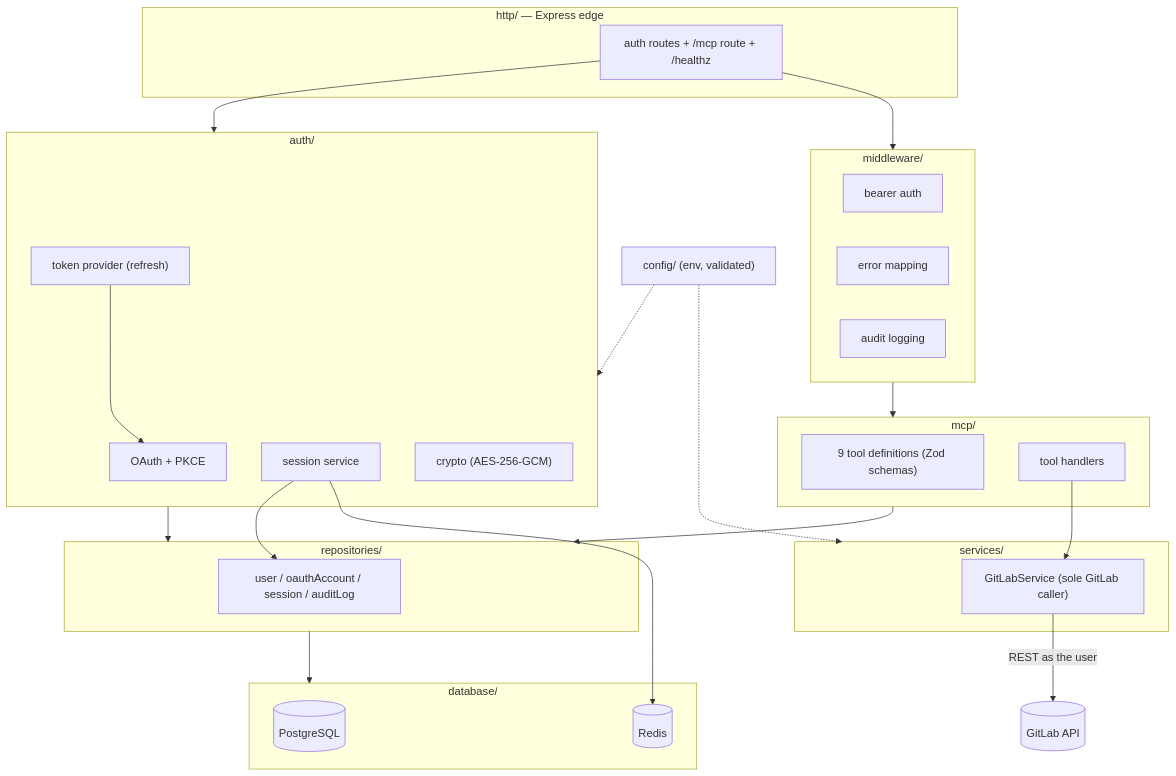
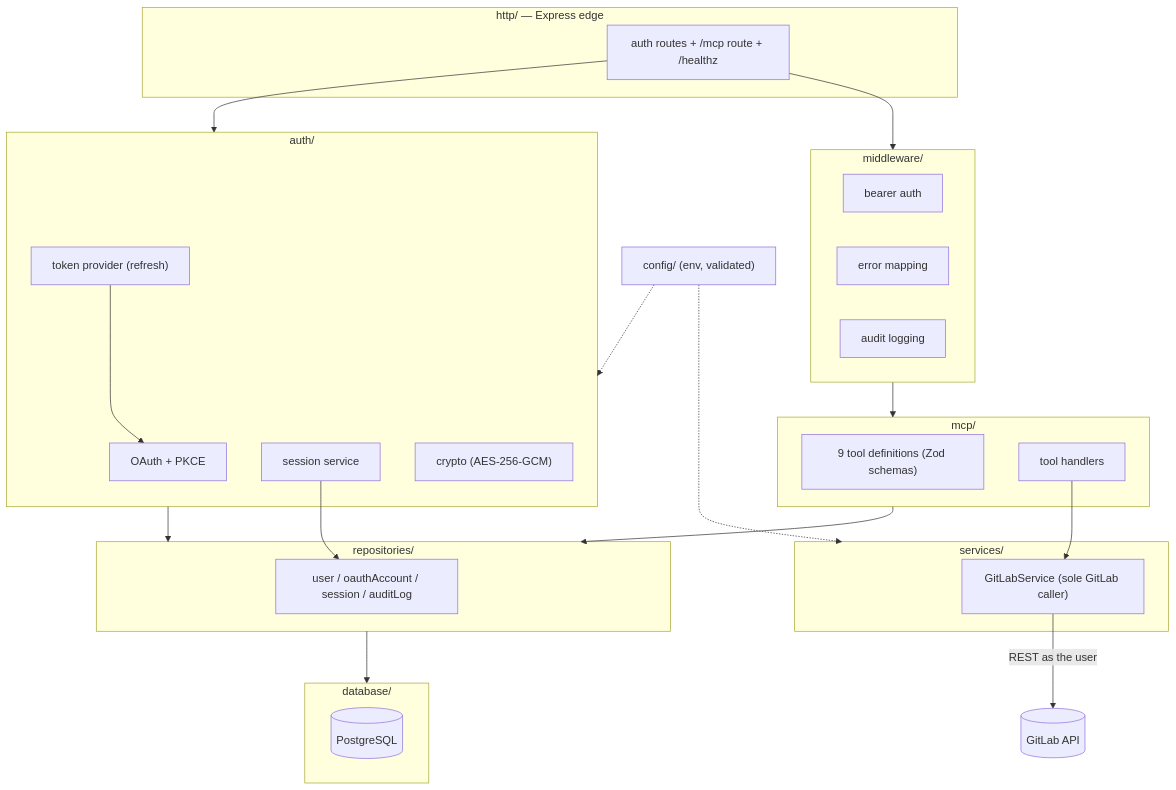
The first of 3 diagrams in docs/architecture.md (lxnewayfarer/gitlab-mcp), drawn with Mermaid before and after one commit. The commit also changed other lines of this file and 9 other files, not shown here.

````diff
--- a/docs/architecture.md
+++ b/docs/architecture.md
@@ -21,46 +21,44 @@
 ```mermaid
 flowchart TD
     subgraph HTTP["http/ — Express edge"]
       Routes["auth routes + /mcp route + /healthz"]
     end
     subgraph MW["middleware/"]
       Auth["bearer auth"]
       Err["error mapping"]
       Audit["audit logging"]
     end
     subgraph MCP["mcp/"]
       Tools["9 tool definitions (Zod schemas)"]
       Handlers["tool handlers"]
     end
     subgraph SVC["services/"]
       GL["GitLabService (sole GitLab caller)"]
     end
     subgraph REPO["repositories/"]
       R["user / oauthAccount / session / auditLog"]
     end
     subgraph DB["database/"]
       PG[("PostgreSQL")]
-      RD[("Redis")]
     end
     subgraph AUTHL["auth/"]
       OAuth["OAuth + PKCE"]
       Sess["session service"]
       Crypto["crypto (AES-256-GCM)"]
       TP["token provider (refresh)"]
     end
     CFG["config/ (env, validated)"]
 
     Routes --> MW
     MW --> MCP
     Handlers --> GL
     GL -->|REST as the user| GLAPI[("GitLab API")]
     MCP --> REPO
     AUTHL --> REPO
     REPO --> DB
     Routes --> AUTHL
     TP --> OAuth
-    Sess --> RD
     Sess --> R
     CFG -.-> SVC
     CFG -.-> AUTHL
 ```
````
